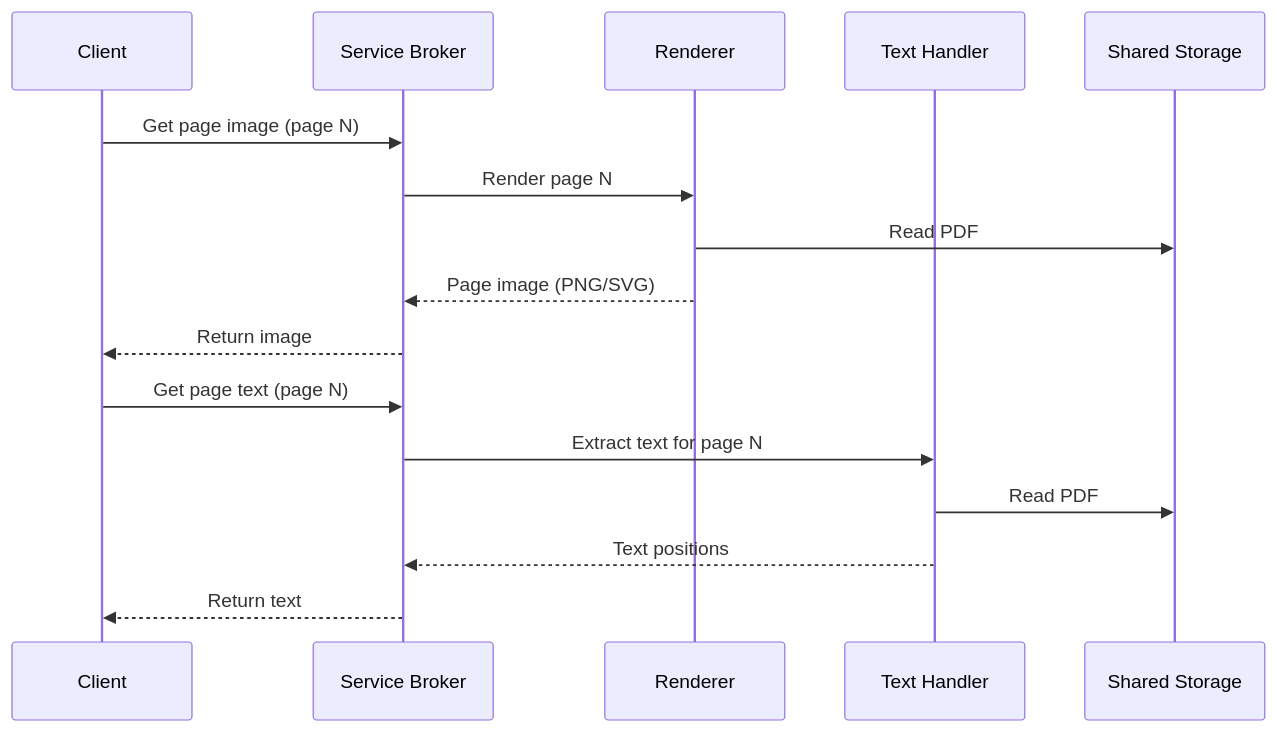
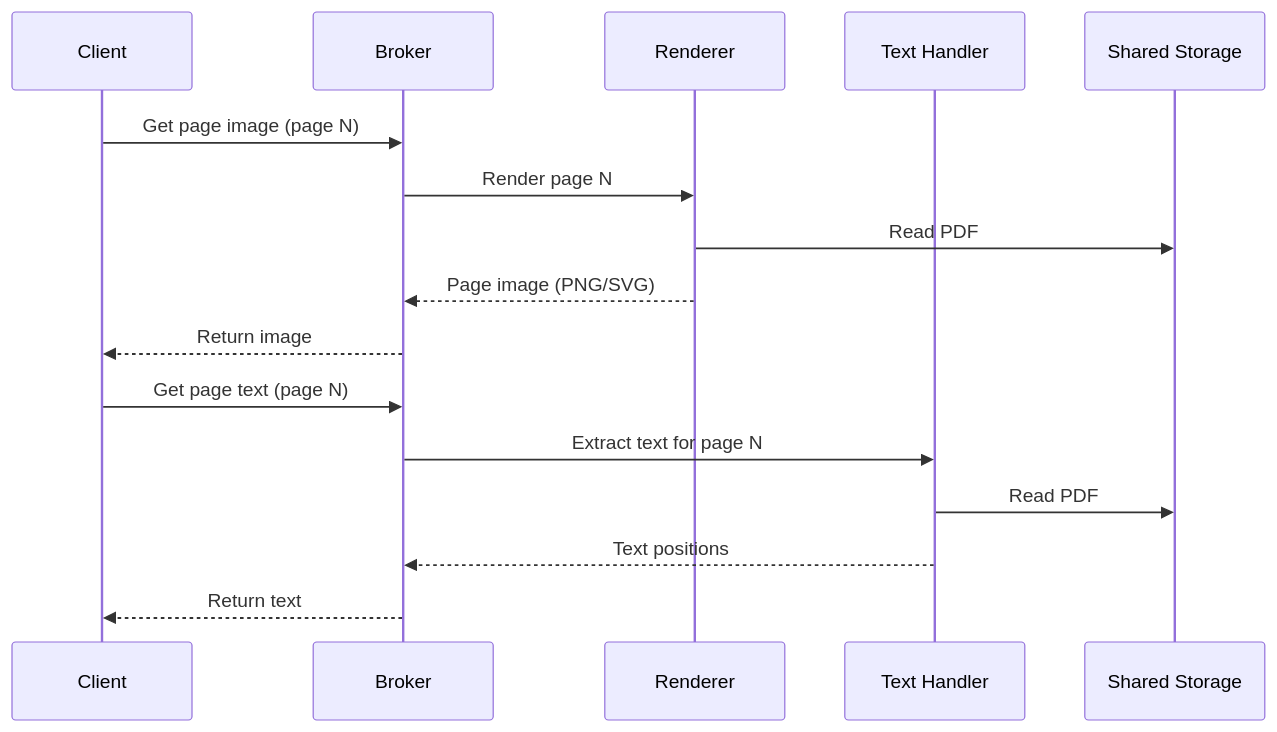
The second of 2 diagrams in docs/arender/concepts/rendition-pipeline.classic.md (Uxopian/uxodocs), drawn with Mermaid before and after one commit. The commit also changed other lines of this file and 34 other files, not shown here.

````diff
--- a/docs/arender/concepts/rendition-pipeline.classic.md
+++ b/docs/arender/concepts/rendition-pipeline.classic.md
@@ -40,20 +40,20 @@
 ```mermaid
 sequenceDiagram
     participant C as Client
-    participant B as Service Broker
+    participant B as Broker
     participant R as Renderer
     participant T as Text Handler
     participant FS as Shared Storage
 
     C->>B: Get page image (page N)
     B->>R: Render page N
     R->>FS: Read PDF
     R-->>B: Page image (PNG/SVG)
     B-->>C: Return image
 
     C->>B: Get page text (page N)
     B->>T: Extract text for page N
     T->>FS: Read PDF
     T-->>B: Text positions
     B-->>C: Return text
 ```
````
